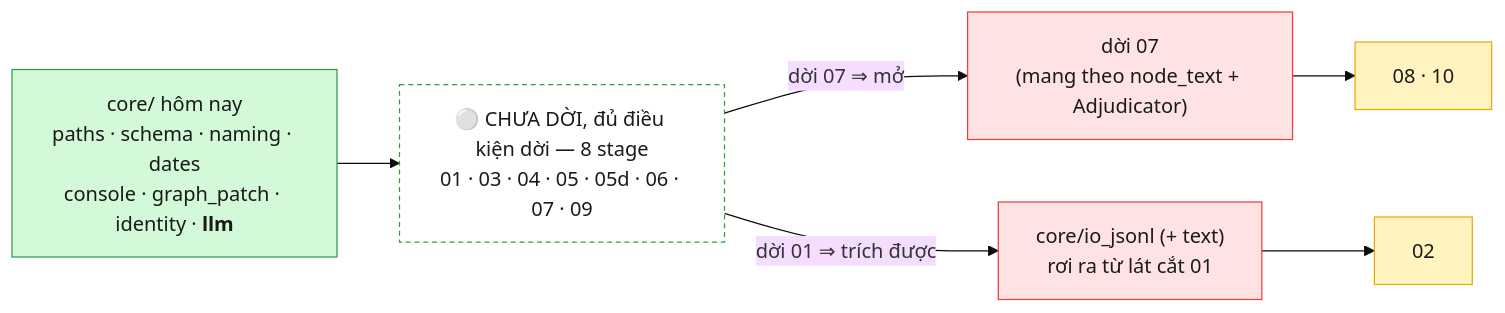
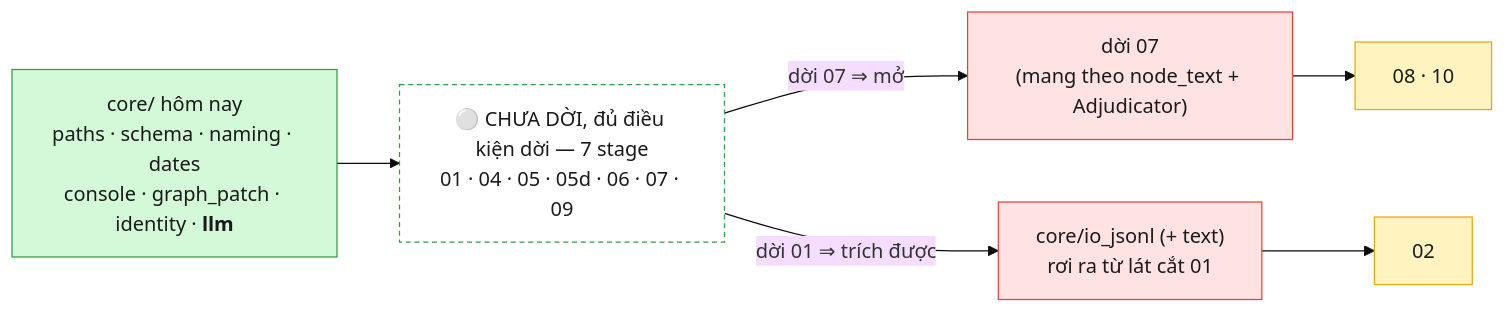
The second of 4 diagrams in src_module/PIPELINE.md (TranBaDat2607/capstone_test1), drawn with Mermaid (base theme) before and after one commit. The commit also changed other lines of this file and 8 other files, not shown here.

````diff
--- a/src_module/PIPELINE.md
+++ b/src_module/PIPELINE.md
@@ -174,18 +204,18 @@
 ```mermaid
 flowchart LR
     classDef done fill:#d3f9d8,stroke:#2f9e44,color:#1a1a1a
     classDef ready fill:#ffffff,stroke:#2f9e44,stroke-dasharray:4 3,color:#1a1a1a
     classDef key  fill:#ffe3e3,stroke:#f03e3e,color:#1a1a1a
     classDef pend fill:#fff3bf,stroke:#e8a90c,color:#1a1a1a
 
     CORE["core/ hôm nay<br/>paths · schema · naming · dates<br/>console · graph_patch · identity · <b>llm</b>"]:::done
-    READY["⚪ CHƯA DỜI, đủ điều kiện dời — 8 stage<br/>01 · 03 · 04 · 05 · 05d · 06 · 07 · 09"]:::ready
+    READY["⚪ CHƯA DỜI, đủ điều kiện dời — 7 stage<br/>01 · 04 · 05 · 05d · 06 · 07 · 09"]:::ready
     S07M["dời 07<br/>(mang theo node_text + Adjudicator)"]:::key
     IOJ["core/io_jsonl (+ text)<br/>rơi ra từ lát cắt 01"]:::key
     U1["08 · 10"]:::pend
     U3["02"]:::pend
 
     CORE --> READY
     READY -->|"dời 07 ⇒ mở"| S07M --> U1
     READY -->|"dời 01 ⇒ trích được"| IOJ --> U3
 ```
````
